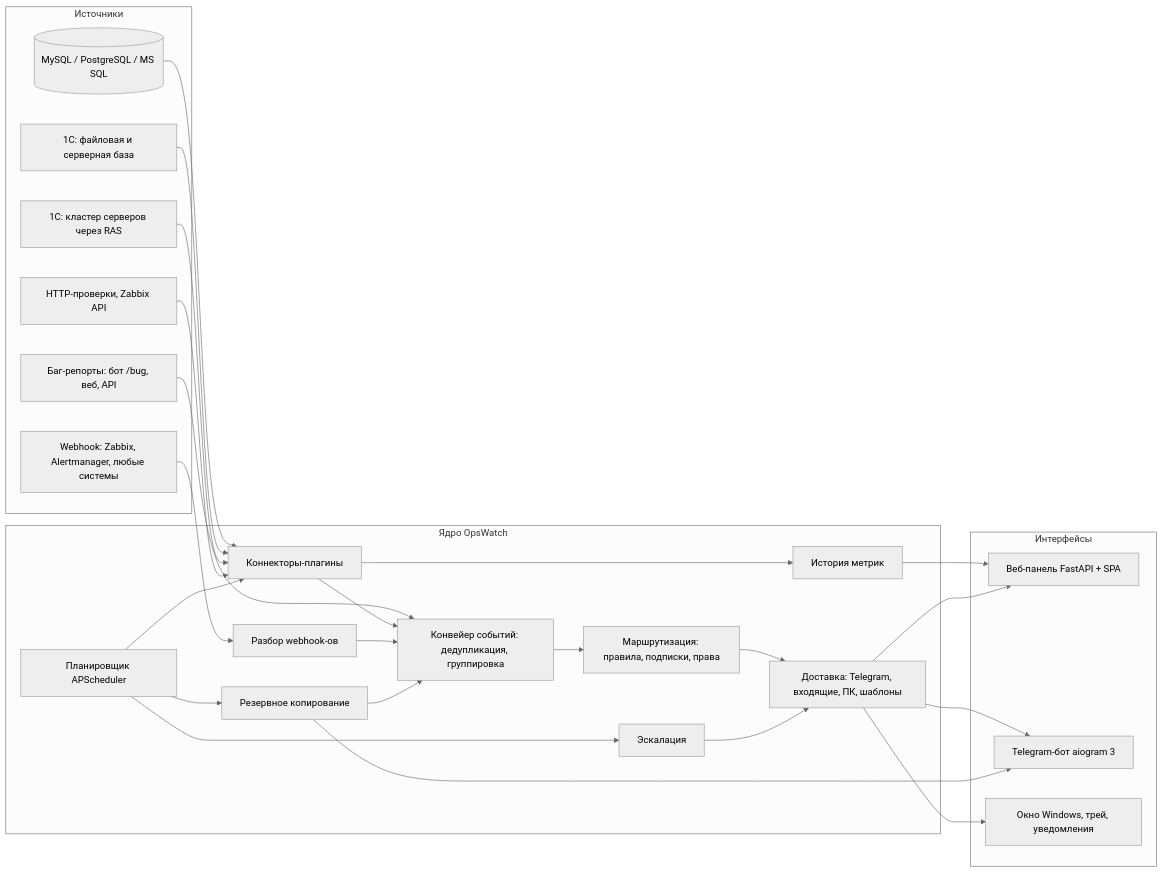
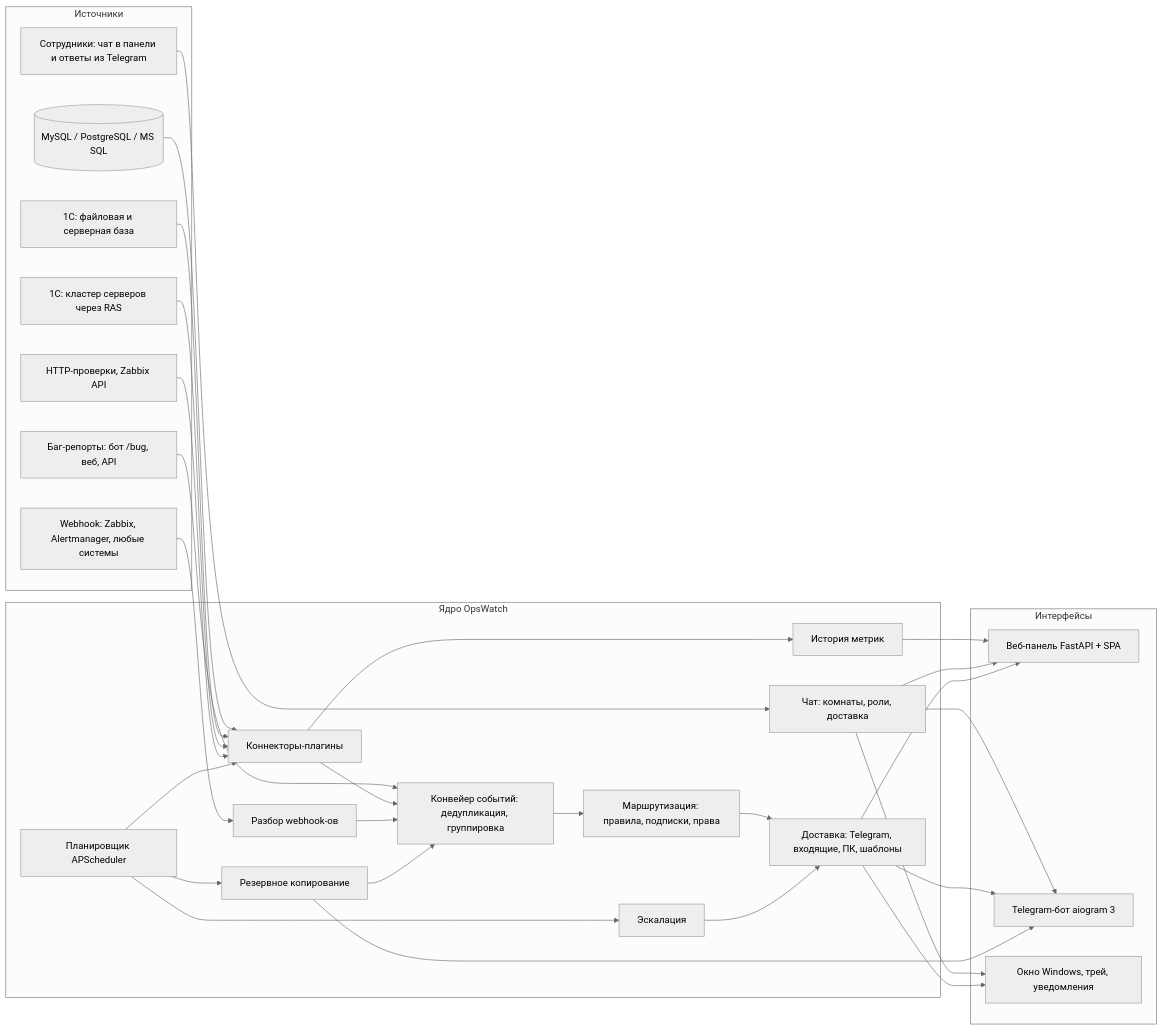
One commit to artemalekseev926-byte/OpsWatch changed the first of 3 diagrams in docs/architecture.md. Above: the diagram before and after it, drawn with Mermaid (neutral theme). The commit also changed other lines of this file and 58 other files, not shown here.

````diff
--- a/docs/architecture.md
+++ b/docs/architecture.md
@@ -7,50 +7,56 @@
 ```mermaid
 flowchart LR
     subgraph Sources[Источники]
         DB[(MySQL / PostgreSQL / MS SQL)]
         C1[1С: файловая и серверная база]
         RAS[1С: кластер серверов через RAS]
         HTTP[HTTP-проверки, Zabbix API]
         WH[Webhook: Zabbix, Alertmanager, любые системы]
         BUG[Баг-репорты: бот /bug, веб, API]
+        PEOPLE[Сотрудники: чат в панели и ответы из Telegram]
     end
 
     subgraph Core[Ядро OpsWatch]
         SCH[Планировщик APScheduler]
         CON[Коннекторы-плагины]
         ING[Разбор webhook-ов]
         PIPE[Конвейер событий: дедупликация, группировка]
         ROUTE[Маршрутизация: правила, подписки, права]
         NOTI[Доставка: Telegram, входящие, ПК, шаблоны]
         MET[История метрик]
+        CHAT[Чат: комнаты, роли, доставка]
         ESC[Эскалация]
         BAK[Резервное копирование]
     end
 
     subgraph UI[Интерфейсы]
         WEB[Веб-панель FastAPI + SPA]
         BOT[Telegram-бот aiogram 3]
         DESK[Окно Windows, трей, уведомления]
     end
 
     DB --> CON
     C1 --> CON
     RAS --> CON
     CON --> MET
     MET --> WEB
+    PEOPLE --> CHAT
+    CHAT --> WEB
+    CHAT --> BOT
+    CHAT --> DESK
     HTTP --> CON
     WH --> ING
     BUG --> PIPE
     SCH --> CON
     SCH --> BAK
     SCH --> ESC
     CON --> PIPE
     ING --> PIPE
     BAK --> PIPE
     PIPE --> ROUTE --> NOTI
     ESC --> NOTI
     NOTI --> BOT
     NOTI --> WEB
     NOTI --> DESK
     BAK --> BOT
 ```
````
